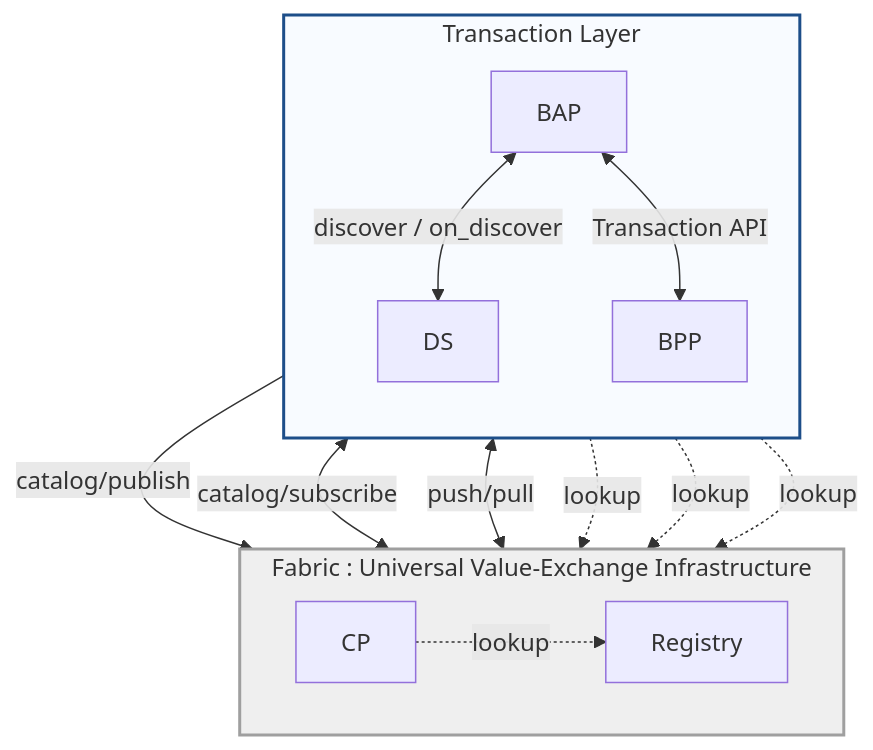
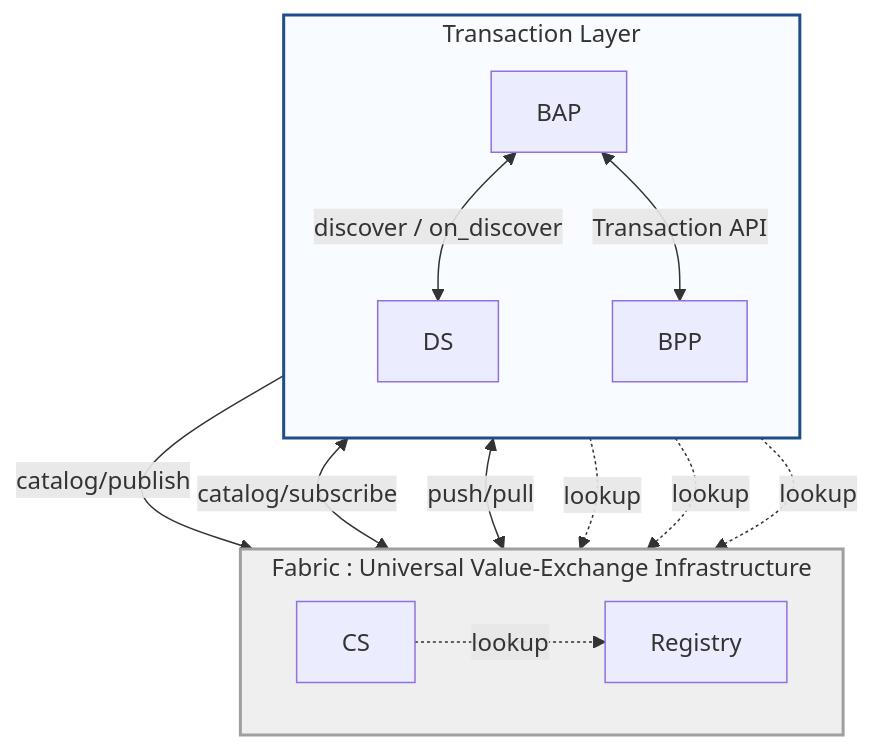
The second of 4 diagrams in docs/03_The_Beckn_Protocol_Stack.md (beckn/protocol-specifications-v2), drawn with Mermaid before and after one commit. The commit also changed other lines of this file, not shown here.

````diff
--- a/docs/03_The_Beckn_Protocol_Stack.md
+++ b/docs/03_The_Beckn_Protocol_Stack.md
@@ -101,26 +101,26 @@
 ```mermaid
 flowchart TB
     subgraph TOP[Transaction Layer]
         direction TB
         BAP <-->|discover / on_discover| DS
         BAP <-->|Transaction API| BPP
     end
 
     subgraph BOTTOM[Fabric : Universal Value-Exchange Infrastructure]
         direction LR
         REG[Registry]
-        CP[CP]
+        CS[CS]
     end
 
-    BPP -->|catalog/publish| CP
-    DS <-->|catalog/subscribe| CP
-    DS <-->|push/pull| CP
+    BPP -->|catalog/publish| CS
+    DS <-->|catalog/subscribe| CS
+    DS <-->|push/pull| CS
 
     BAP -.->|lookup| REG
     BPP -.->|lookup| REG
     DS -.->|lookup| REG
-    CP -.->|lookup| REG
+    CS -.->|lookup| REG
 
     style TOP fill:#f8fbff,stroke:#1d4e89,stroke-width:2px
     style BOTTOM fill:#efefef,stroke:#9f9f9f,stroke-width:2px
 ```
````
